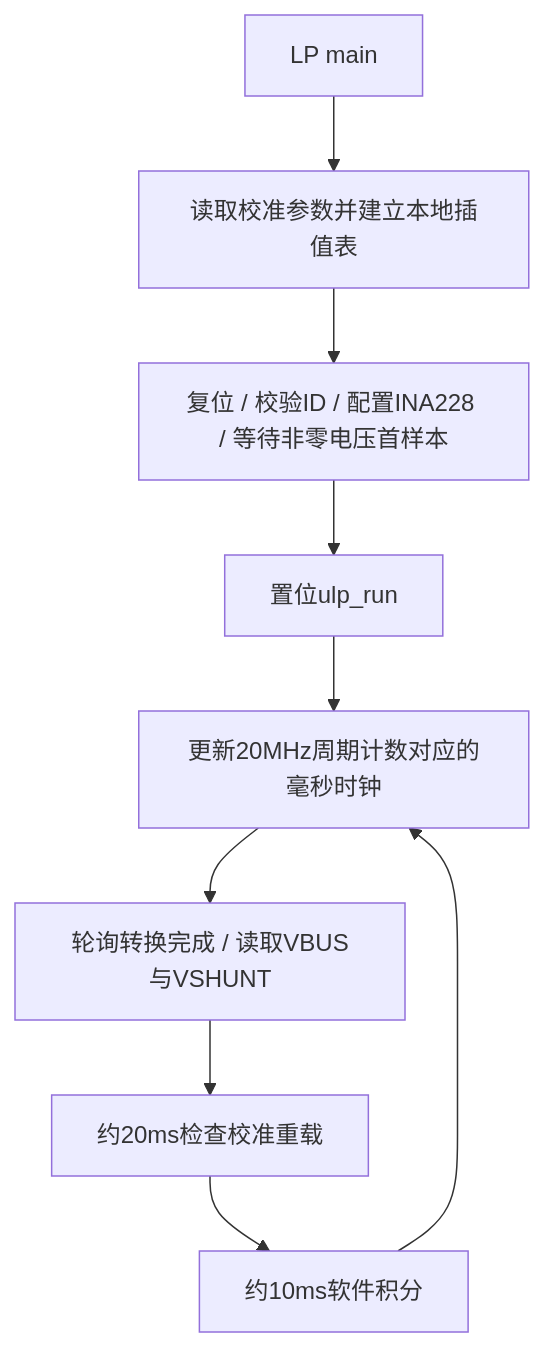
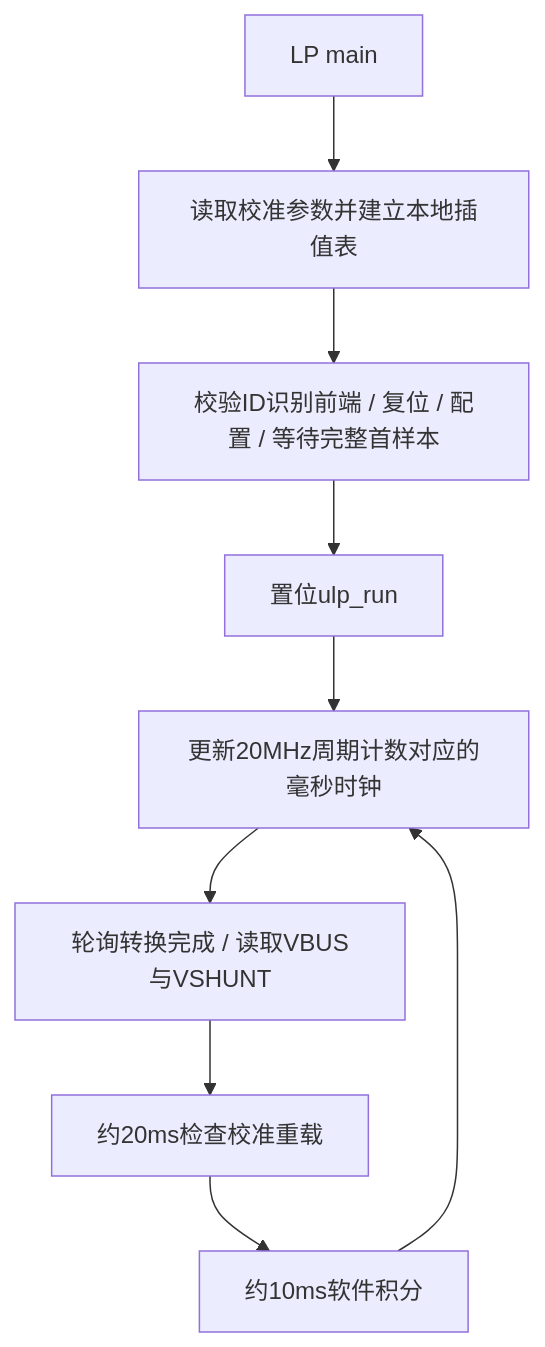
Before and after one commit to qingmeijiupiao/Wireless_power_meter_pro_v2: the diagram in main/ulp_app/README.md, drawn with Mermaid. The commit also changed other lines of this file and 23 other files, not shown here.

````diff
--- a/main/ulp_app/README.md
+++ b/main/ulp_app/README.md
@@ -7,11 +7,11 @@
 ```mermaid
 flowchart TD
     Start[LP main] --> Cal[读取校准参数并建立本地插值表]
-    Cal --> Init[复位 / 校验ID / 配置INA228 / 等待非零电压首样本]
+    Cal --> Init[校验ID识别前端 / 复位 / 配置 / 等待完整首样本]
     Init --> Run[置位ulp_run]
     Run --> Timer[更新20MHz周期计数对应的毫秒时钟]
     Timer --> Sample[轮询转换完成 / 读取VBUS与VSHUNT]
     Sample --> Reload[约20ms检查校准重载]
     Reload --> Meter[约10ms软件积分]
     Meter --> Timer
 ```
````
